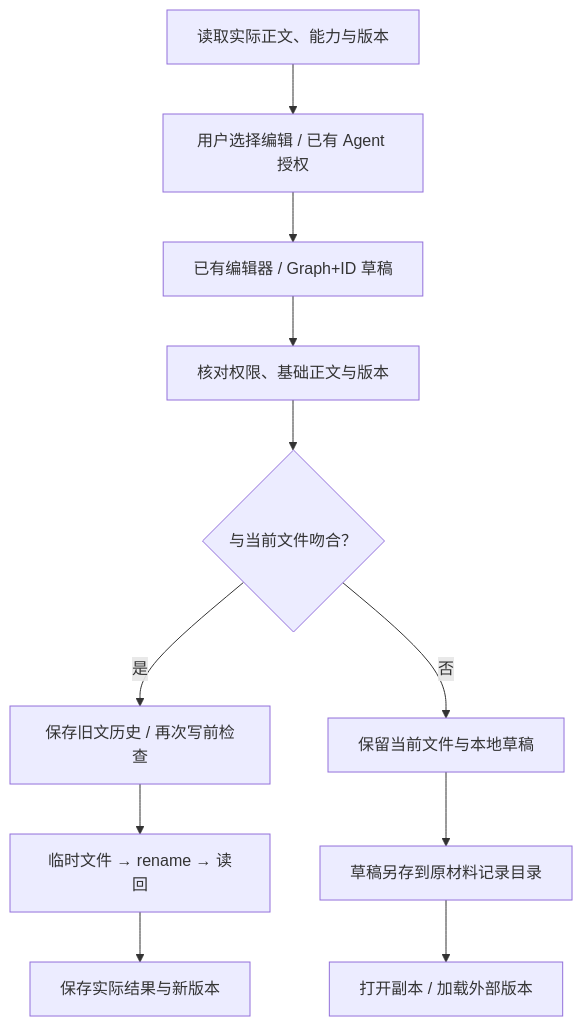
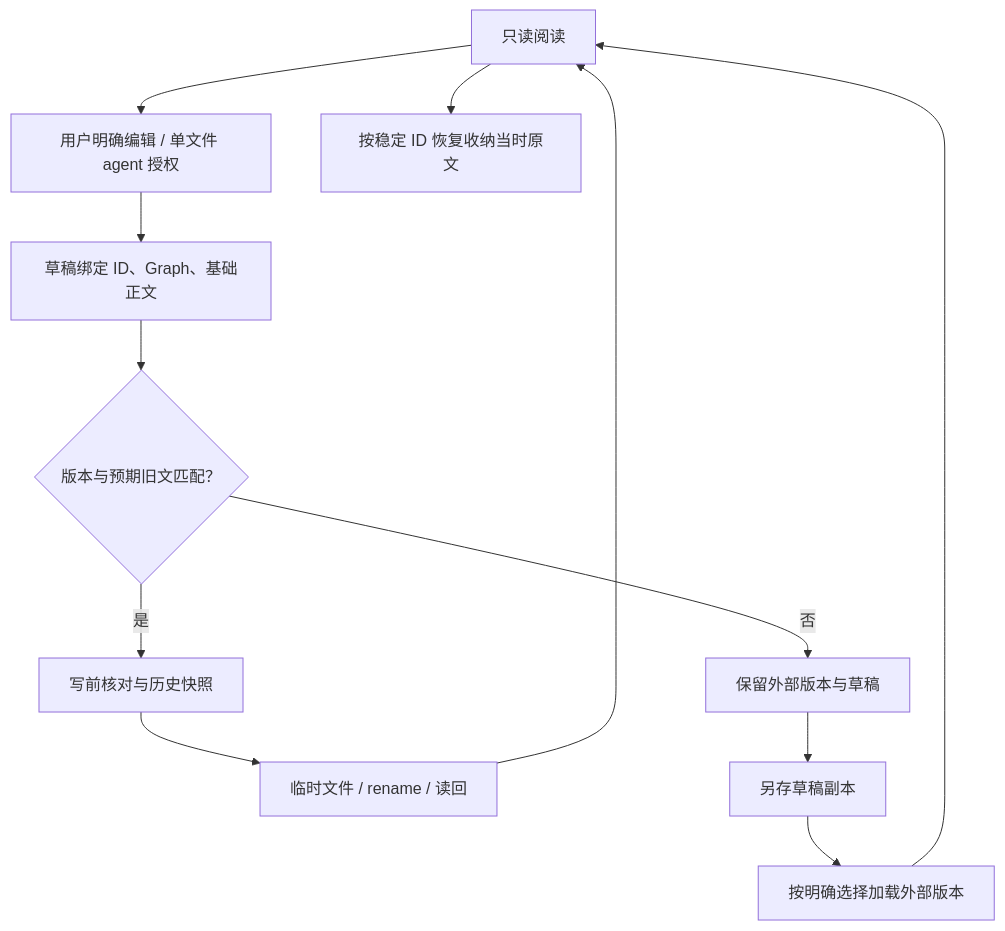
One commit to wrd233/logseq-task-manager changed the fifth of 5 diagrams in docs/architecture/materials-module-architecture.md. Above: the diagram before and after it, drawn with Mermaid. The commit also changed other lines of this file and 37 other files, not shown here.

````diff
--- a/docs/architecture/materials-module-architecture.md
+++ b/docs/architecture/materials-module-architecture.md
@@ -169,13 +127,14 @@
 ```mermaid
 flowchart TB
-  Read[读取实际正文、能力与版本] --> Intent[用户选择编辑 / 已有 Agent 授权]
-  Intent --> Draft[已有编辑器 / Graph+ID 草稿]
-  Draft --> Check[核对权限、基础正文与版本]
-  Check --> Match{与当前文件吻合？}
-  Match -->|是| History[保存旧文历史 / 再次写前检查]
-  History --> Write[临时文件 → rename → 读回]
-  Write --> Done[保存实际结果与新版本]
-  Match -->|否| Conflict[保留当前文件与本地草稿]
-  Conflict --> Copy[草稿另存到原材料记录目录]
-  Copy --> Resume[打开副本 / 加载外部版本]
+  Read[只读阅读] --> Intent[用户明确编辑 / 单文件 agent 授权]
+  Intent --> Draft[草稿绑定 ID、Graph、基础正文]
+  Draft --> Compare{版本与预期旧文匹配？}
+  Compare -->|是| History[写前核对与历史快照]
+  History --> Save[临时文件 / rename / 读回]
+  Save --> Read
+  Compare -->|否| Conflict[保留外部版本与草稿]
+  Conflict --> Copy[另存草稿副本]
+  Copy --> Reload[按明确选择加载外部版本]
+  Reload --> Read
+  Read --> Original[按稳定 ID 恢复收纳当时原文]
 ```
````
